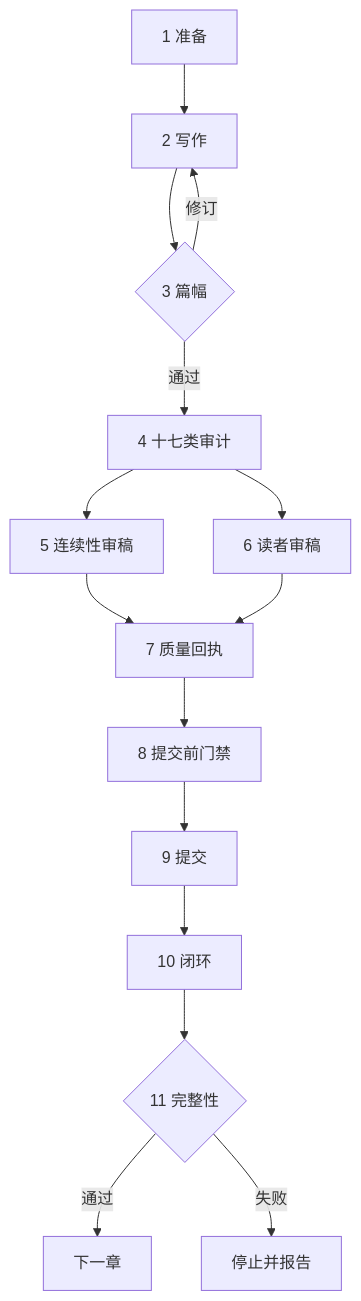
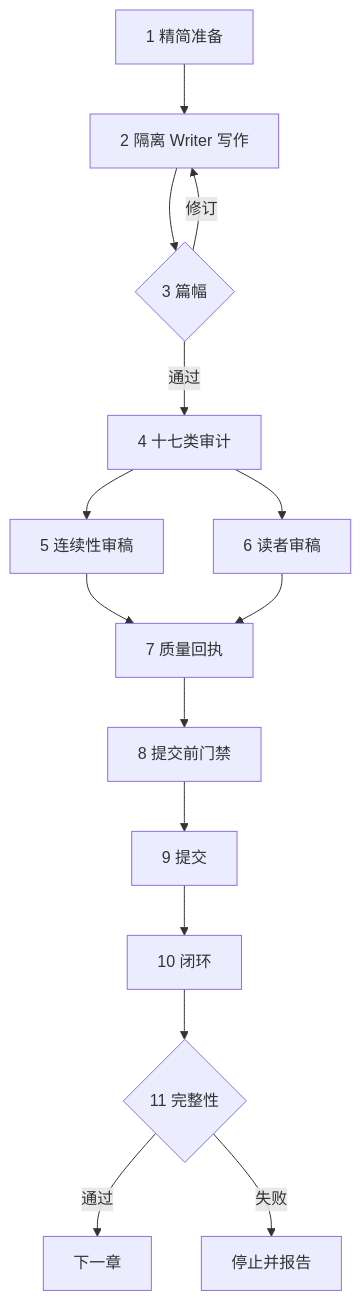
The second of 2 diagrams in README.md (slobys/openclaw-novel-author-suite), drawn with Mermaid before and after one commit. The commit also changed other lines of this file and 32 other files, not shown here.

````diff
--- a/README.md
+++ b/README.md
@@ -80,17 +81,17 @@
 ```mermaid
 flowchart TB
-    P[1 准备] --> D[2 写作]
+    P[1 精简准备] --> D[2 隔离 Writer 写作]
     D --> L{3 篇幅}
     L -- 修订 --> D
     L -- 通过 --> A[4 十七类审计]
     A --> C[5 连续性审稿]
     A --> R[6 读者审稿]
     C --> Q[7 质量回执]
     R --> Q
     Q --> G[8 提交前门禁]
     G --> M[9 提交]
     M --> X[10 闭环]
     X --> I{11 完整性}
     I -- 通过 --> N[下一章]
     I -- 失败 --> B[停止并报告]
 ```
````
